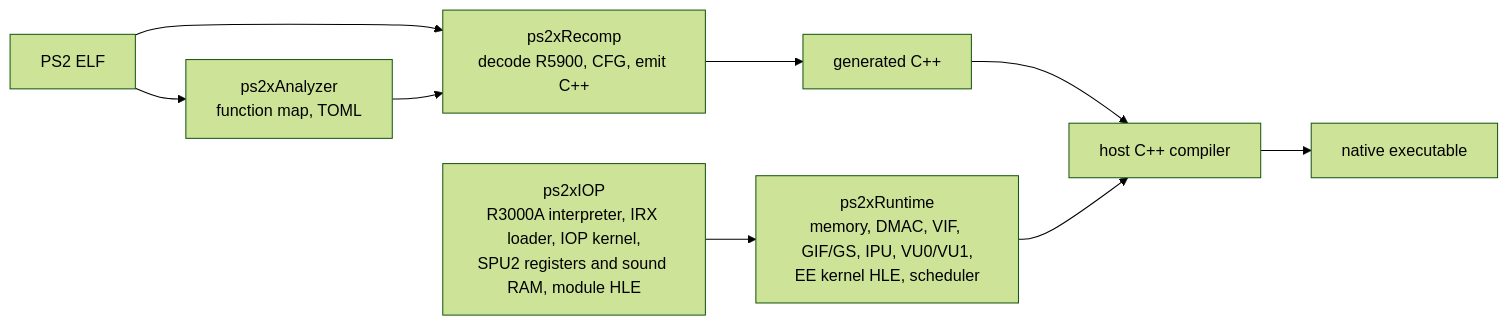
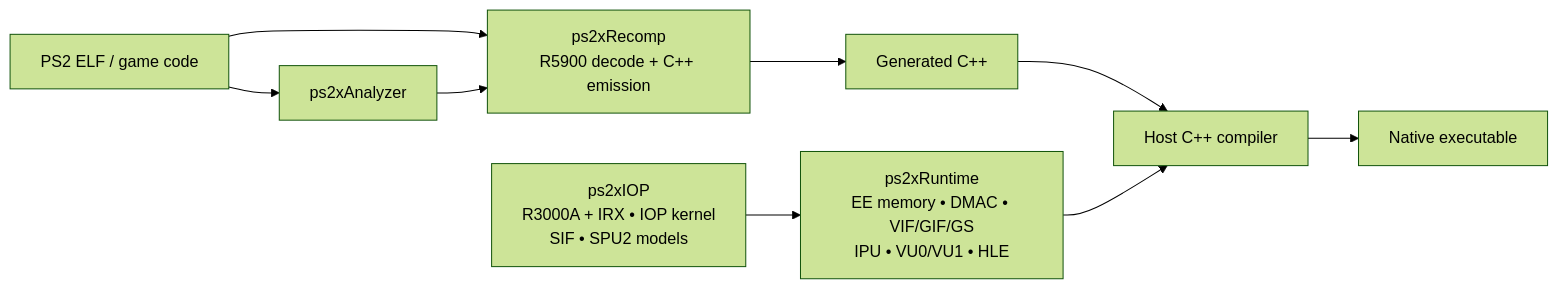
The diagram in README.md (m7kor/Zmbor), drawn with Mermaid (forest theme) before and after one commit. The commit also changed other lines of this file, not shown here.

````diff
--- a/README.md
+++ b/README.md
@@ -29,11 +39,11 @@
 ```mermaid
 flowchart LR
-  ELF[PS2 ELF] --> A[ps2xAnalyzer<br/>function map, TOML]
-  ELF --> R[ps2xRecomp<br/>decode R5900, CFG, emit C++]
-  A --> R
-  R --> CPP[generated C++]
-  CPP --> CC[host C++ compiler]
-  RT[ps2xRuntime<br/>memory, DMAC, VIF, GIF/GS, IPU, VU0/VU1,<br/>EE kernel HLE, scheduler] --> CC
-  IOP[ps2xIOP<br/>R3000A interpreter, IRX loader, IOP kernel,<br/>SPU2 registers and sound RAM, module HLE] --> RT
-  CC --> EXE[native executable]
+    ELF["PS2 ELF / game code"] --> Analyzer["ps2xAnalyzer"]
+    ELF --> Recomp["ps2xRecomp<br/>R5900 decode + C++ emission"]
+    Analyzer --> Recomp
+    Recomp --> Generated["Generated C++"]
+    Generated --> Host["Host C++ compiler"]
+    Runtime["ps2xRuntime<br/>EE memory • DMAC • VIF/GIF/GS<br/>IPU • VU0/VU1 • HLE"] --> Host
+    IOP["ps2xIOP<br/>R3000A + IRX • IOP kernel<br/>SIF • SPU2 models"] --> Runtime
+    Host --> Native["Native executable"]
 ```
````
